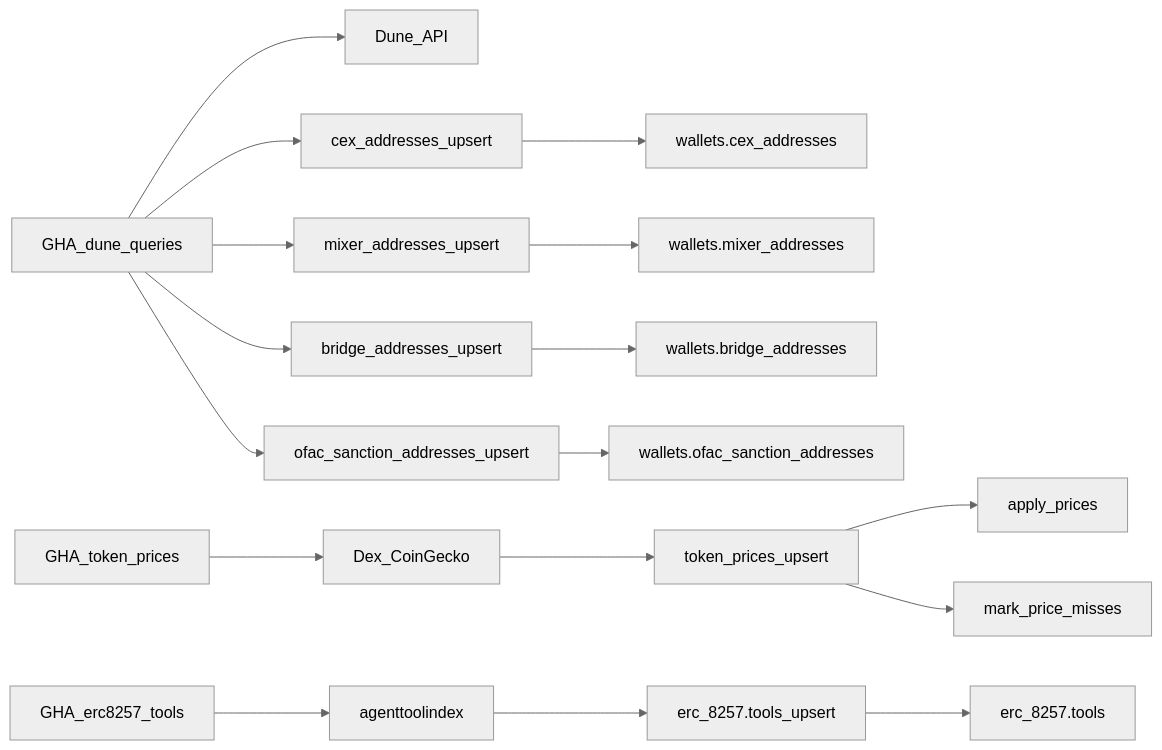
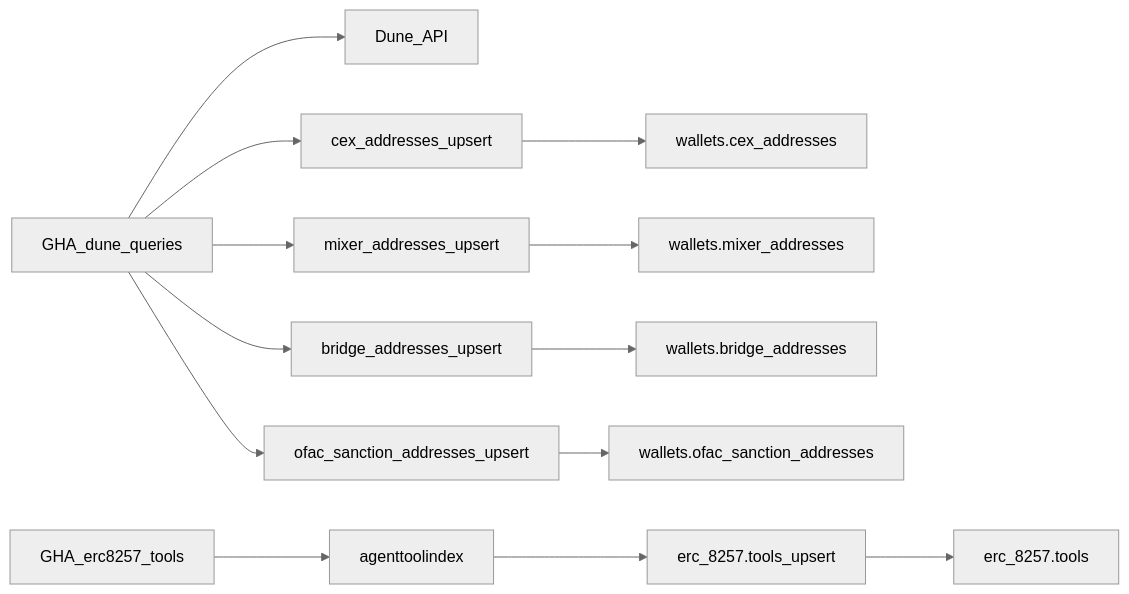
Before and after one commit to GlobalScoreAgent/gsa-workers: the fourth of 5 diagrams in docs/ARCHITECTURE.md, drawn with Mermaid (neutral theme). The commit also changed other lines of this file and 63 other files, not shown here.

````diff
--- a/docs/ARCHITECTURE.md
+++ b/docs/ARCHITECTURE.md
@@ -181,19 +146,15 @@
 ```mermaid
 flowchart LR
   ghaDune[GHA_dune_queries] --> duneApi[Dune_API]
   ghaDune --> upsertCex["cex_addresses_upsert"]
   ghaDune --> upsertMix["mixer_addresses_upsert"]
   ghaDune --> upsertBr["bridge_addresses_upsert"]
   ghaDune --> upsertOfac["ofac_sanction_addresses_upsert"]
   upsertCex --> cexTable[wallets.cex_addresses]
   upsertMix --> mixTable[wallets.mixer_addresses]
   upsertBr --> brTable[wallets.bridge_addresses]
   upsertOfac --> ofacTable[wallets.ofac_sanction_addresses]
-  ghaPrices[GHA_token_prices] --> dexCg[Dex_CoinGecko]
-  dexCg --> upsertPrices["token_prices_upsert"]
-  upsertPrices --> applyPos["apply_prices"]
-  upsertPrices --> markMiss["mark_price_misses"]
   gha8257[GHA_erc8257_tools] --> ati[agenttoolindex]
   ati --> upsert8257["erc_8257.tools_upsert"]
   upsert8257 --> tools8257[erc_8257.tools]
 ```
````
